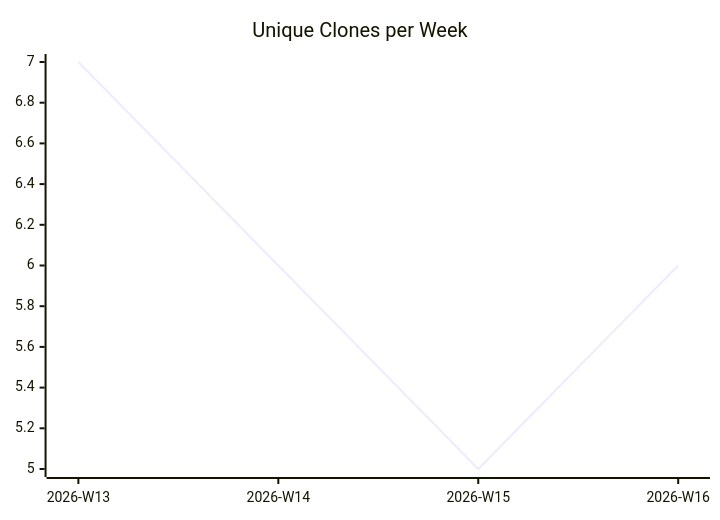
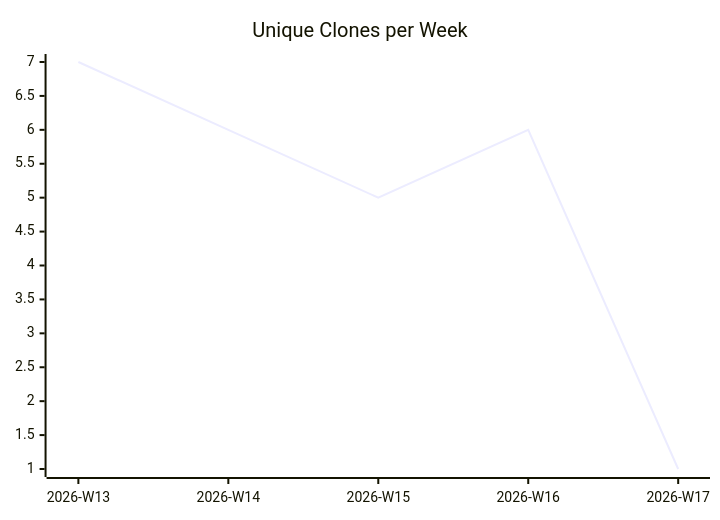
One commit to justdavis-family/github-analytics-data changed the third of 3 diagrams in karlmdavis/lego-ev3dev-rs/README.md. Above: the diagram before and after it, drawn with Mermaid. The commit also changed other lines of this file and 192 other files, not shown here.

````diff
--- a/karlmdavis/lego-ev3dev-rs/README.md
+++ b/karlmdavis/lego-ev3dev-rs/README.md
@@ -19,6 +19,6 @@
 ```mermaid
 xychart-beta
   title "Unique Clones per Week"
-  x-axis ["2026-W13", "2026-W14", "2026-W15", "2026-W16"]
-  line [7, 6, 5, 6]
+  x-axis ["2026-W13", "2026-W14", "2026-W15", "2026-W16", "2026-W17"]
+  line [7, 6, 5, 6, 1]
 ```
````
